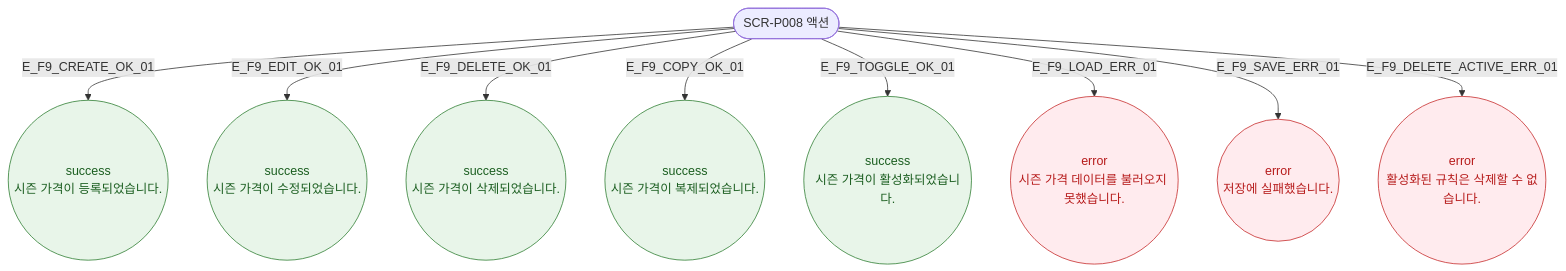
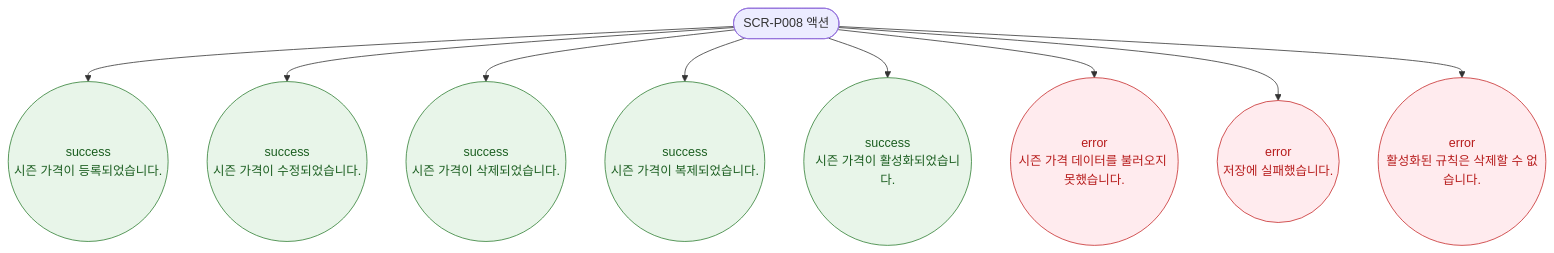
Before and after one commit to dev-spogym/admin-pando: the diagram in docs/다이어그램/D05_상품관리/SCR-P008_시즌가격관리/F9_토스트피드백.md, drawn with Mermaid. The commit also changed other lines of this file and 1660 other files, not shown here.

First line of the commit message:
다이어그램: 기획자/클라이언트 납품본으로 정리

````diff
--- a/docs/다이어그램/D05_상품관리/SCR-P008_시즌가격관리/F9_토스트피드백.md
+++ b/docs/다이어그램/D05_상품관리/SCR-P008_시즌가격관리/F9_토스트피드백.md
@@ -16,18 +14,18 @@
 ```mermaid
 flowchart TD
     TRIGGER([SCR-P008 액션])
 
-    TRIGGER -->|E_F9_CREATE_OK_01| T_CREATE((success\n시즌 가격이 등록되었습니다.))
-    TRIGGER -->|E_F9_EDIT_OK_01| T_EDIT((success\n시즌 가격이 수정되었습니다.))
-    TRIGGER -->|E_F9_DELETE_OK_01| T_DELETE((success\n시즌 가격이 삭제되었습니다.))
-    TRIGGER -->|E_F9_COPY_OK_01| T_COPY((success\n시즌 가격이 복제되었습니다.))
-    TRIGGER -->|E_F9_TOGGLE_OK_01| T_TOGGLE((success\n시즌 가격이 활성화되었습니다.))
-    TRIGGER -->|E_F9_LOAD_ERR_01| T_LOAD_ERR((error\n시즌 가격 데이터를 불러오지 못했습니다.))
-    TRIGGER -->|E_F9_SAVE_ERR_01| T_SAVE_ERR((error\n저장에 실패했습니다.))
-    TRIGGER -->|E_F9_DELETE_ACTIVE_ERR_01| T_DEL_ERR((error\n활성화된 규칙은 삭제할 수 없습니다.))
+    TRIGGER --> T_CREATE((success\n시즌 가격이 등록되었습니다.))
+    TRIGGER --> T_EDIT((success\n시즌 가격이 수정되었습니다.))
+    TRIGGER --> T_DELETE((success\n시즌 가격이 삭제되었습니다.))
+    TRIGGER --> T_COPY((success\n시즌 가격이 복제되었습니다.))
+    TRIGGER --> T_TOGGLE((success\n시즌 가격이 활성화되었습니다.))
+    TRIGGER --> T_LOAD_ERR((error\n시즌 가격 데이터를 불러오지 못했습니다.))
+    TRIGGER --> T_SAVE_ERR((error\n저장에 실패했습니다.))
+    TRIGGER --> T_DEL_ERR((error\n활성화된 규칙은 삭제할 수 없습니다.))
 
     classDef success fill:#E8F5E9,stroke:#2E7D32,color:#1B5E20
     classDef error fill:#FFEBEE,stroke:#C62828,color:#B71C1C
     class T_CREATE,T_EDIT,T_DELETE,T_COPY,T_TOGGLE success
     class T_LOAD_ERR,T_SAVE_ERR,T_DEL_ERR error
 ```
````
